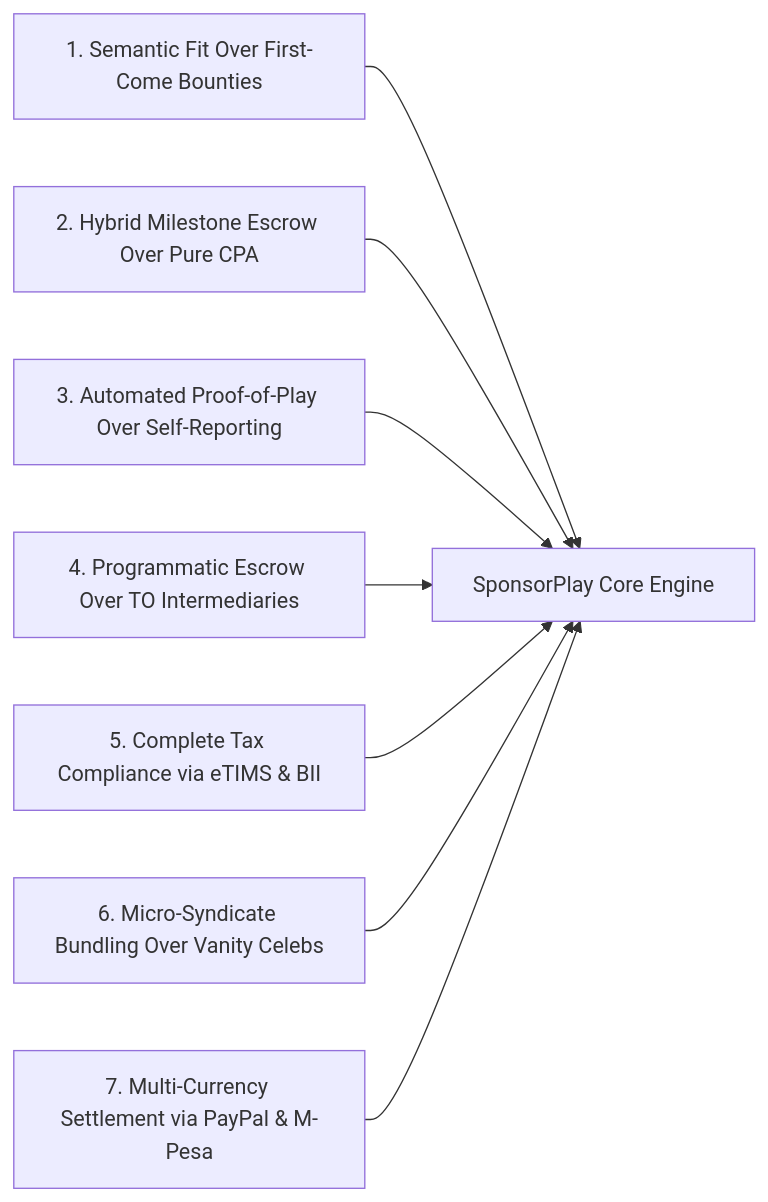
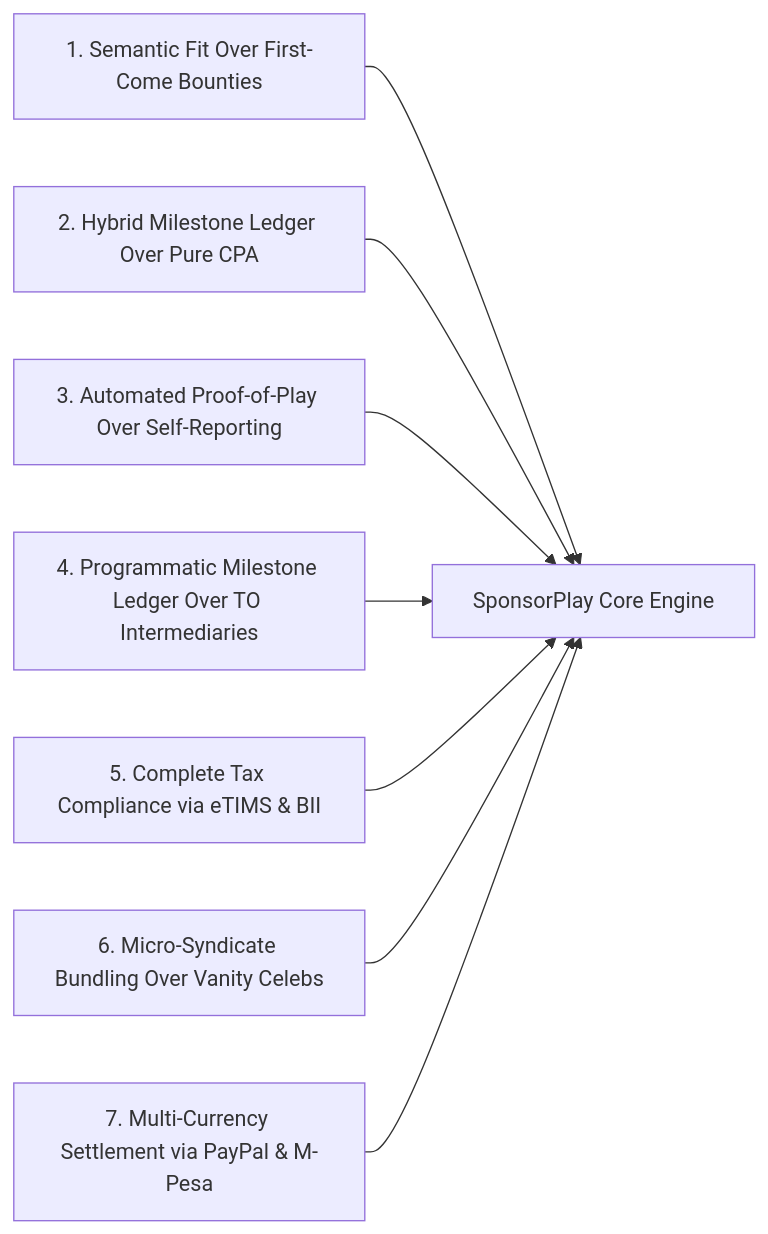
The diagram in research/02_INDUSTRY_CASE_STUDIES_AND_POST_MORTEMS.md (Ryanjuguna/barbah-sponsorplay), drawn with Mermaid before and after one commit. The commit also changed other lines of this file and 5 other files, not shown here.

Commit message:
Complete repository-wide documentation audit: purge escrow terminology and enforce PayPal programmatic milestone ledger across all architecture specs

````diff
--- a/research/02_INDUSTRY_CASE_STUDIES_AND_POST_MORTEMS.md
+++ b/research/02_INDUSTRY_CASE_STUDIES_AND_POST_MORTEMS.md
@@ -131,10 +131,10 @@
 ```mermaid
 graph LR
     P1[1. Semantic Fit Over First-Come Bounties] --> Core[SponsorPlay Core Engine]
-    P2[2. Hybrid Milestone Escrow Over Pure CPA] --> Core
+    P2[2. Hybrid Milestone Ledger Over Pure CPA] --> Core
     P3[3. Automated Proof-of-Play Over Self-Reporting] --> Core
-    P4[4. Programmatic Escrow Over TO Intermediaries] --> Core
+    P4[4. Programmatic Milestone Ledger Over TO Intermediaries] --> Core
     P5[5. Complete Tax Compliance via eTIMS & BII] --> Core
     P6[6. Micro-Syndicate Bundling Over Vanity Celebs] --> Core
     P7[7. Multi-Currency Settlement via PayPal & M-Pesa] --> Core
 ```
````
